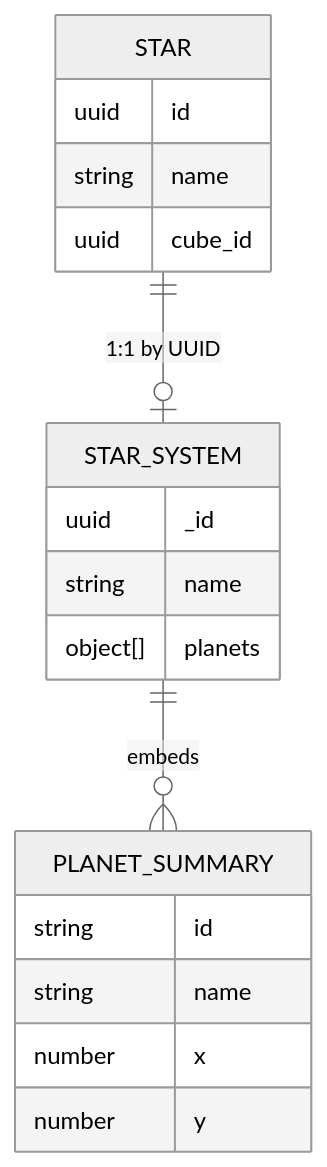
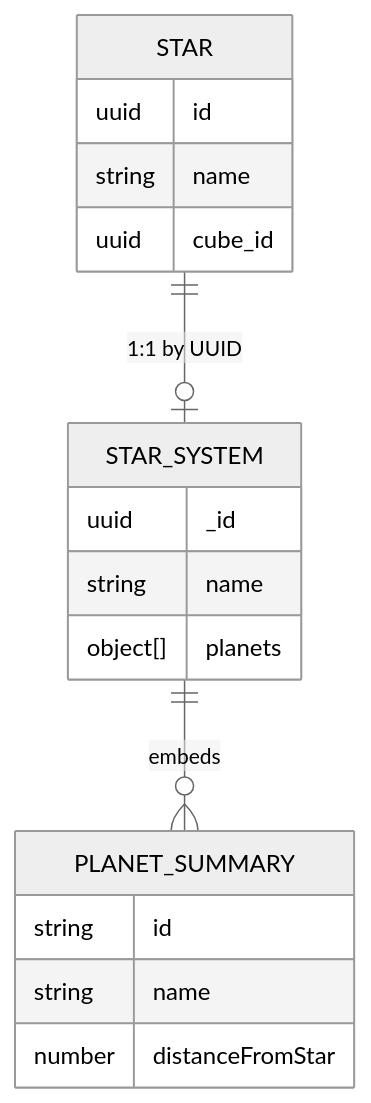
The diagram in documentation/objects/star-system.md (v-rossignol/infinity), drawn with Mermaid (neutral theme) before and after one commit. The commit also changed other lines of this file and 16 other files, not shown here.

````diff
--- a/documentation/objects/star-system.md
+++ b/documentation/objects/star-system.md
@@ -115,21 +114,20 @@
 ```mermaid
 erDiagram
   STAR ||--o| STAR_SYSTEM : "1:1 by UUID"
   STAR_SYSTEM ||--o{ PLANET_SUMMARY : embeds
   STAR {
     uuid id
     string name
     uuid cube_id
   }
   STAR_SYSTEM {
     uuid _id
     string name
     object[] planets
   }
   PLANET_SUMMARY {
     string id
     string name
-    number x
-    number y
+    number distanceFromStar
   }
 ```
````
